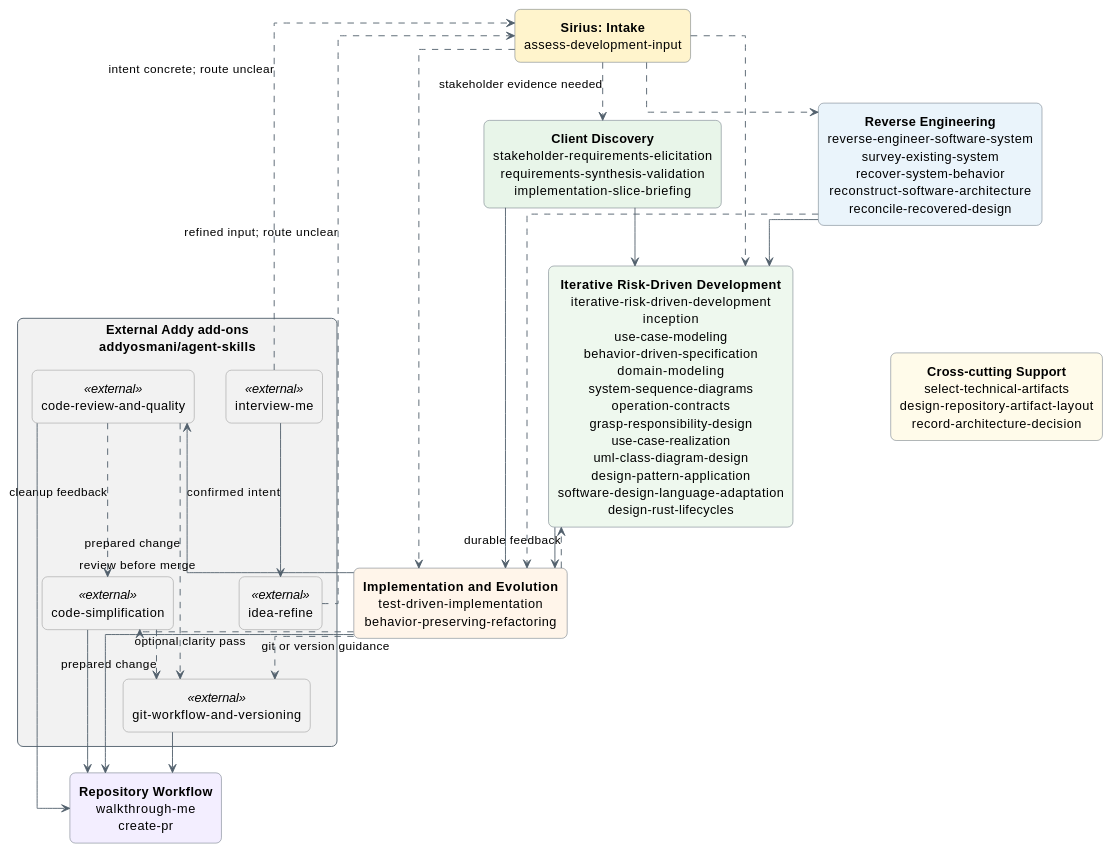
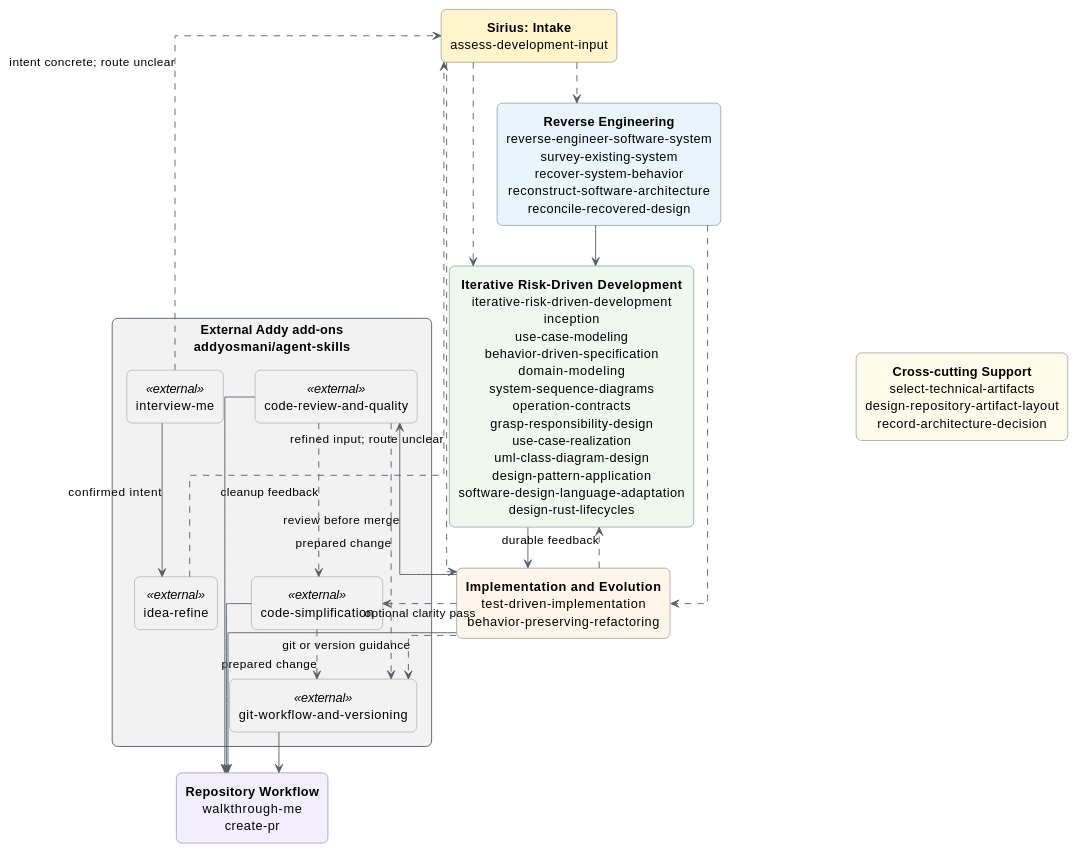
One commit to sirius-cc-wu/sirius-skills changed the first of 5 diagrams in catalog/skill-relationships.md. Above: the diagram before and after it, drawn with PlantUML. The commit also changed other lines of this file and 48 other files, not shown here.

First line of the commit message:
skills: retire client discovery handoff skills

````diff
--- a/catalog/skill-relationships.md
+++ b/catalog/skill-relationships.md
@@ -15,74 +15,68 @@
 ```plantuml
 @startuml sirius-skills-birds-eye
 top to bottom direction
 
 skinparam backgroundColor #FFFFFF
 skinparam shadowing false
 skinparam packageStyle rectangle
 skinparam linetype ortho
 skinparam defaultFontName Arial
 skinparam defaultTextAlignment center
 skinparam ArrowColor #52606D
 skinparam nodesep 35
 skinparam ranksep 45
 skinparam rectangle {
   BackgroundColor #FFFFFF
   BorderColor #52606D
   RoundCorner 12
 }
 skinparam rectangle<<external>> {
   BackgroundColor #F2F2F2
   BorderColor #888888
 }
 
 package "External Addy add-ons\naddyosmani/agent-skills" as addy #F2F2F2 {
   rectangle "interview-me" as addyInterview <<external>>
   rectangle "idea-refine" as addyIdea <<external>>
   rectangle "code-review-and-quality" as addyReview <<external>>
   rectangle "code-simplification" as addySimplify <<external>>
   rectangle "git-workflow-and-versioning" as addyGit <<external>>
 }
 
 rectangle "**Sirius: Intake**\nassess-development-input" as assess #FFF4CC
 
-rectangle "**Client Discovery**\nstakeholder-requirements-elicitation\nrequirements-synthesis-validation\nimplementation-slice-briefing" as discovery #E8F5E9
-
 rectangle "**Reverse Engineering**\nreverse-engineer-software-system\nsurvey-existing-system\nrecover-system-behavior\nreconstruct-software-architecture\nreconcile-recovered-design" as reverse #EAF4FB
 
 rectangle "**Iterative Risk-Driven Development**\niterative-risk-driven-development\ninception\nuse-case-modeling\nbehavior-driven-specification\ndomain-modeling\nsystem-sequence-diagrams\noperation-contracts\ngrasp-responsibility-design\nuse-case-realization\numl-class-diagram-design\ndesign-pattern-application\nsoftware-design-language-adaptation\ndesign-rust-lifecycles" as design #EEF8EE
 
 rectangle "**Implementation and Evolution**\ntest-driven-implementation\nbehavior-preserving-refactoring" as implementation #FFF5EA
 
 rectangle "**Repository Workflow**\nwalkthrough-me\ncreate-pr" as repository #F3EEFF
 
 rectangle "**Cross-cutting Support**\nselect-technical-artifacts\ndesign-repository-artifact-layout\nrecord-architecture-decision" as support #FFFBEA
 
-assess -[hidden]right-> discovery
-discovery -[hidden]right-> reverse
+assess -[hidden]right-> reverse
 design -[hidden]right-> support
 
 addyInterview --> addyIdea : confirmed intent
 addyIdea ..> assess : refined input; route unclear
 addyInterview ..> assess : intent concrete; route unclear
-assess ..> discovery : stakeholder evidence needed
 assess ..> reverse
 assess ..> design
 assess ..> implementation
-discovery --> design
-discovery --> implementation
 reverse --> design
 reverse ..> implementation
 design --> implementation
 implementation ..> design : durable feedback
 implementation --> addyReview : review before merge
 implementation ..> addySimplify : optional clarity pass
 implementation ..> addyGit : git or version guidance
 addyReview ..> addySimplify : cleanup feedback
 addyReview ..> addyGit : prepared change
 addySimplify ..> addyGit : prepared change
 addyReview --> repository
 addySimplify --> repository
 addyGit --> repository
 implementation --> repository
 @enduml
 ```
````
